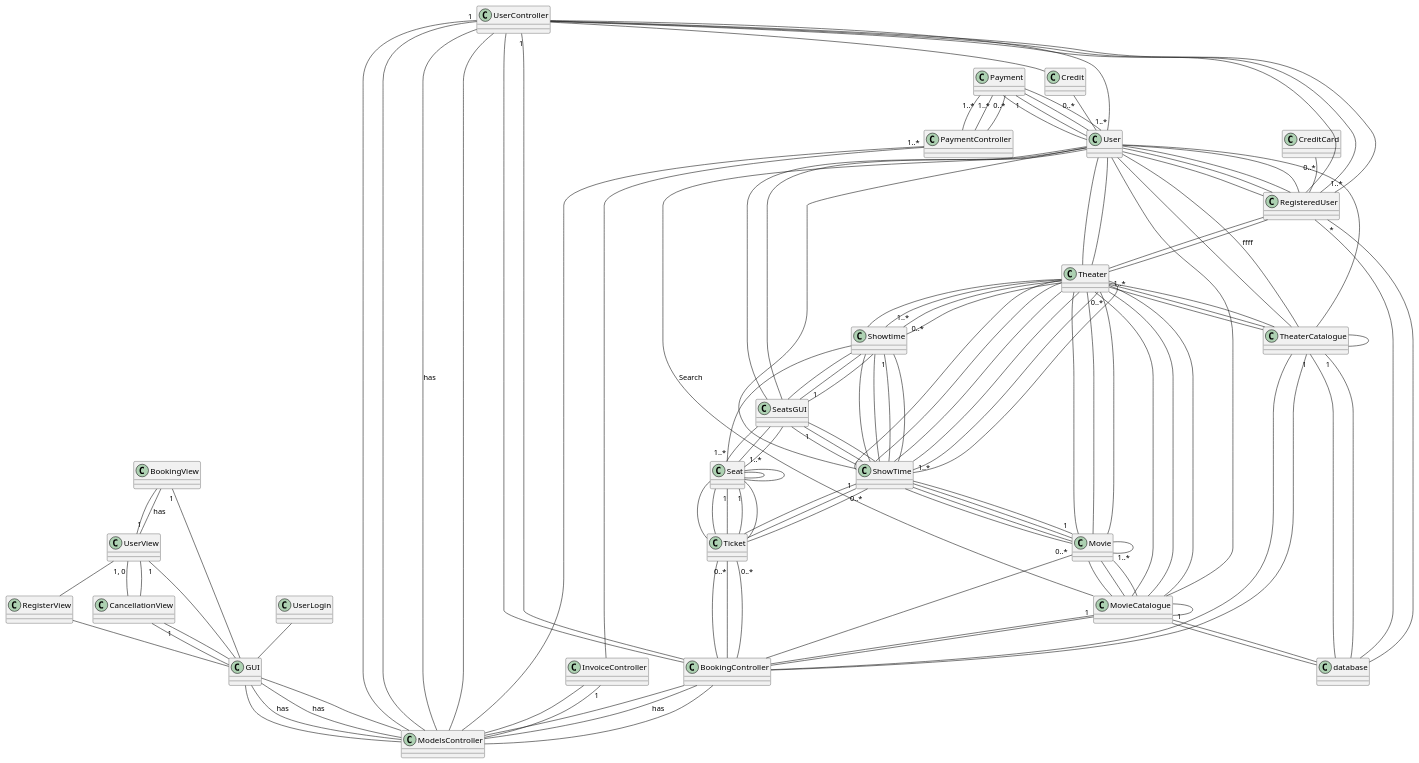
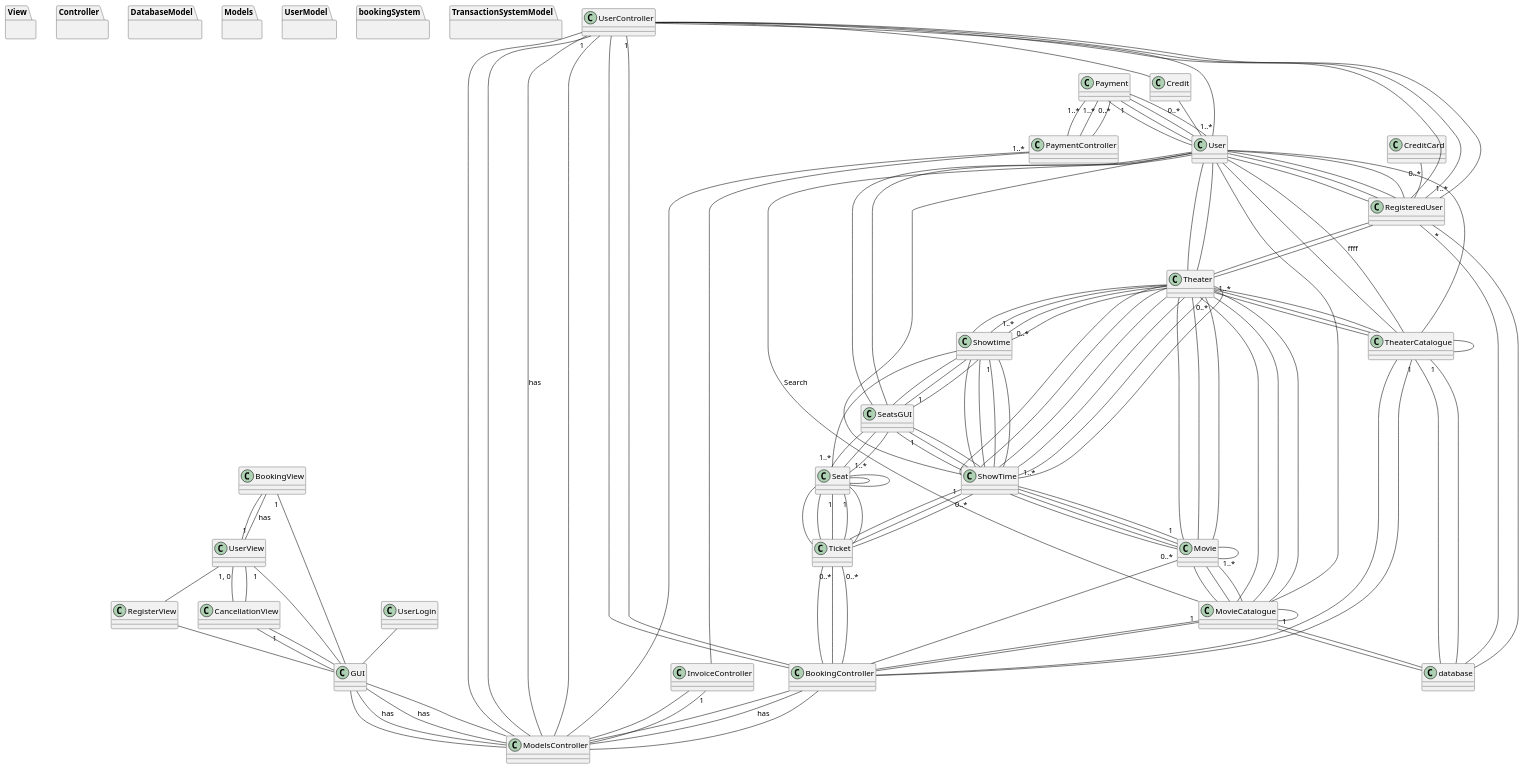
Before and after one commit to stancsz/theater_ticketing_system_java: the diagram in docs/diagrams/class_relationship_diagram.puml, drawn with PlantUML. The commit also changed 4 other files, not shown here.

```diff
--- a/docs/diagrams/class_relationship_diagram.puml
+++ b/docs/diagrams/class_relationship_diagram.puml
@@ -1,179 +1,193 @@
 @startuml
+package View {
+}
 class BookingView {
 }
 class CancellationView {
 }
 class UserView {
 }
 class GUI {
 }
 class UserLogin {
 }
 class RegisterView {
 }
+package Controller {
+}
 class ModelsController {
 }
 class RegisteredUser {
 }
+package DatabaseModel {
+}
 class database {
+}
+package Models {
+}
+package UserModel {
 }
 class UserController {
 }
 class Credit {
 }
 class User {
 }
 class CreditCard {
 }
+package bookingSystem {
+}
 class SeatsGUI {
 }
 class MovieCatalogue {
 }
 class TheaterCatalogue {
 }
 class Seat {
+}
+package TransactionSystemModel {
 }
 class Payment {
 }
 class InvoiceController {
 }
 class PaymentController {
 }
 class Ticket {
 }
 class Showtime {
 }
 class Theater {
 }
 class ShowTime {
 }
 class Movie {
 }
 class BookingController {
 }
 BookingView "1" --  GUI
 BookingView  --  UserView
 CancellationView  --  GUI
 CancellationView  --  UserView
 CancellationView "1" --  GUI
 UserView "1" --  BookingView : has
 UserView  --  RegisterView
 UserView "1, 0" --  CancellationView
 UserView "1" --  GUI
 GUI  --  ModelsController
 GUI  --  ModelsController : has
 GUI  --  ModelsController : has
 GUI  --  ModelsController
 UserLogin  --  GUI
 RegisterView  --  GUI
 RegisteredUser  --  Theater
 RegisteredUser  --  Theater
 RegisteredUser  --  UserController
 RegisteredUser  --  database
 RegisteredUser  --  UserController
 RegisteredUser "1..*" --  UserController
 RegisteredUser "*" --  database
 RegisteredUser  --  User
 RegisteredUser  --  User
 UserController  --  BookingController
 UserController "1" --  BookingController
 UserController  --  ModelsController
 UserController "1" --  ModelsController
 UserController  --  Credit
 UserController  --  ModelsController : has
 UserController  --  ModelsController
 Credit "0..*" --  User
 User  --  MovieCatalogue : Search
 User  --  MovieCatalogue
 User  --  TheaterCatalogue
 User  --  TheaterCatalogue : ffff
 User  --  TheaterCatalogue
 User  --  ShowTime
 User  --  SeatsGUI
 User  --  Theater
 User  --  Theater
 User  --  RegisteredUser
 User  --  SeatsGUI
 User  --  RegisteredUser
 User "1..*" --  UserController
 CreditCard "0..*" --  RegisteredUser
 SeatsGUI  --  Seat
 SeatsGUI  --  Showtime
 SeatsGUI  --  ShowTime
 SeatsGUI "1" --  Showtime
 SeatsGUI "1" --  ShowTime
 MovieCatalogue  --  Movie
 MovieCatalogue  --  MovieCatalogue
 MovieCatalogue  --  BookingController
 MovieCatalogue  --  database
 MovieCatalogue  --  Theater
 MovieCatalogue  --  Theater
 MovieCatalogue "1" --  database
 MovieCatalogue "1" --  BookingController
 TheaterCatalogue  --  TheaterCatalogue
 TheaterCatalogue  --  Theater
 TheaterCatalogue  --  BookingController
 TheaterCatalogue  --  database
 TheaterCatalogue "1" --  database
 TheaterCatalogue "1" --  BookingController
 Seat  --  SeatsGUI
 Seat  --  Ticket
 Seat  --  Seat
 Seat  --  Seat
 Seat  --  Ticket
 Seat "1" --  Ticket
 Seat "1..*" --  SeatsGUI
 Seat "1..*" --  Showtime
 Seat "1" --  Ticket
 Payment  --  User
 Payment "1" --  User
 Payment  --  User
 Payment  --  User
 Payment "1..*" --  PaymentController
 Payment "1..*" --  PaymentController
 Payment "0..*" --  PaymentController
 InvoiceController  --  ModelsController
 InvoiceController "1" --  ModelsController
 PaymentController  --  ModelsController
 PaymentController "1..*" --  InvoiceController
 Ticket  --  BookingController
 Ticket  --  Seat
 Ticket "0..*" --  BookingController
 Ticket "0..*" --  BookingController
 Showtime  --  SeatsGUI
 Showtime  --  ShowTime
 Showtime  --  Theater
 Showtime  --  ShowTime
 Showtime "1..*" --  Theater
 Showtime "1" --  ShowTime
 Showtime "0..*" --  Theater
 Theater  --  Movie
 Theater  --  Showtime
 Theater  --  ShowTime
 Theater  --  ShowTime
 Theater  --  Movie
 Theater  --  TheaterCatalogue
 Theater "1..*" --  TheaterCatalogue
 Theater  --  ShowTime
 Theater "0..*" --  Movie
 ShowTime  --  Movie
 ShowTime  --  Showtime
 ShowTime  --  Movie
 ShowTime  --  SeatsGUI
 ShowTime  --  Theater
 ShowTime  --  Ticket
 ShowTime  --  Theater
 ShowTime "1" --  Ticket
 ShowTime "1..*" --  Theater
 ShowTime "0..*" --  Ticket
 Movie  --  Movie
 MovieCatalogue  --  Theater
 Movie  --  ShowTime
 Movie  --  MovieCatalogue
 Movie "1" --  ShowTime
 Movie "1..*" --  MovieCatalogue
 Movie "0..*" --  BookingController
 BookingController  --  ModelsController
 BookingController  --  ModelsController : has
 BookingController  --  ModelsController
 @enduml
```
